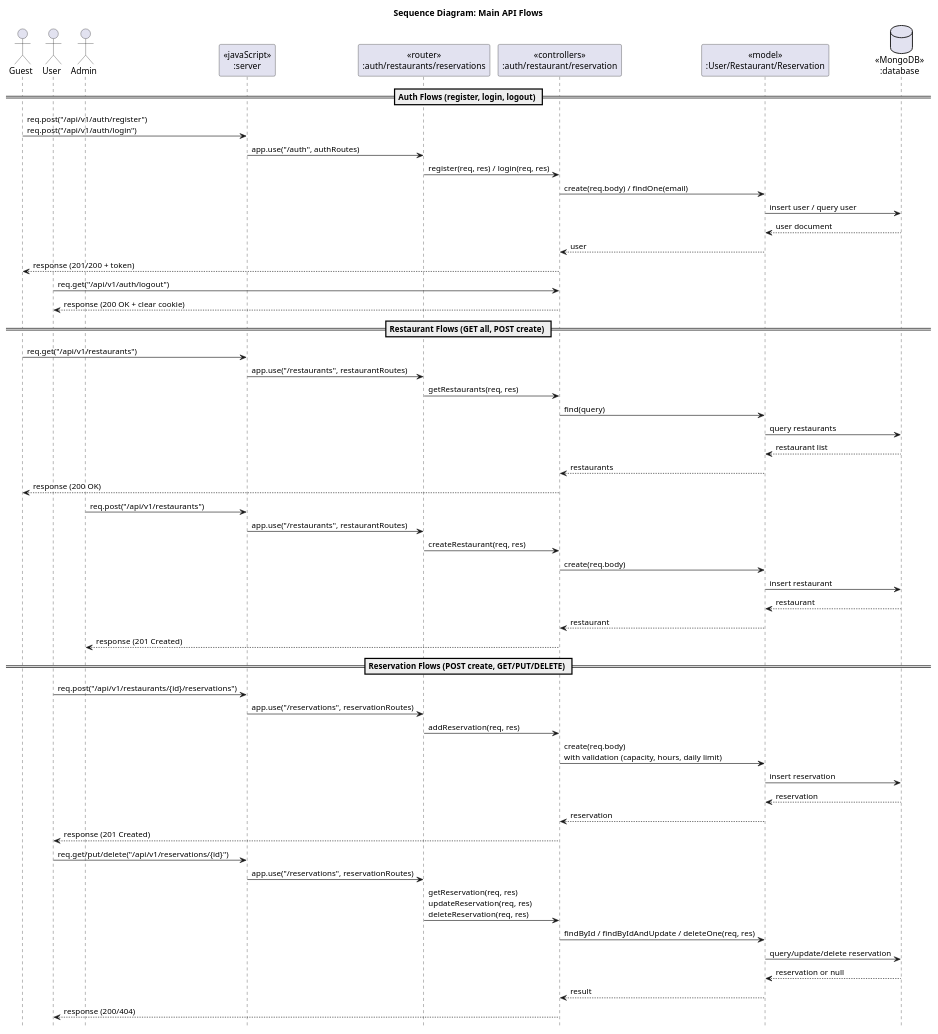
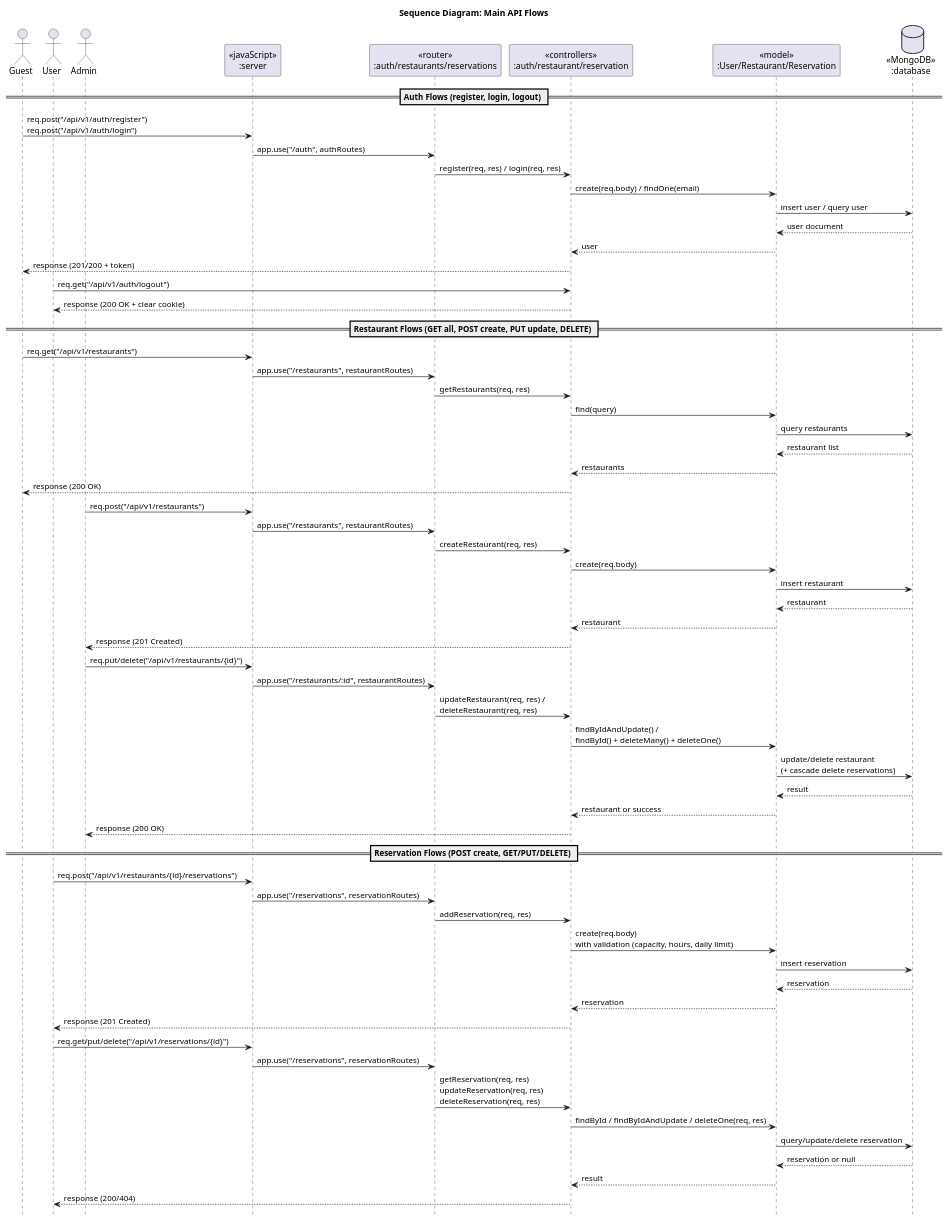
One commit to 2110503-CEDT68/be-project-68-null changed the diagram in diagrams/sequence-diagram.puml. Above: the diagram before and after it, drawn with PlantUML. The commit also changed 3 other files, not shown here.

Commit message:
fix sequence

```diff
--- a/diagrams/sequence-diagram.puml
+++ b/diagrams/sequence-diagram.puml
@@ -1,67 +1,76 @@
 @startuml
 title Sequence Diagram: Main API Flows
 
 hide footbox
 
 actor Guest as guest
 actor User as user
 actor Admin as admin
 
 participant "<<javaScript>>\n:server" as Server
 participant "<<router>>\n:auth/restaurants/reservations" as Router
 participant "<<controllers>>\n:auth/restaurant/reservation" as Controller
 participant "<<model>>\n:User/Restaurant/Reservation" as Model
 database "<<MongoDB>>\n:database" as Mongo
 
 == Auth Flows (register, login, logout) ==
 guest -> Server: req.post("/api/v1/auth/register")\nreq.post("/api/v1/auth/login")
 Server -> Router: app.use("/auth", authRoutes)
 Router -> Controller: register(req, res) / login(req, res)
 Controller -> Model: create(req.body) / findOne(email)
 Model -> Mongo: insert user / query user
 Mongo --> Model: user document
 Model --> Controller: user
 Controller --> guest: response (201/200 + token)
 
 user -> Controller: req.get("/api/v1/auth/logout")
 Controller --> user: response (200 OK + clear cookie)
 
-== Restaurant Flows (GET all, POST create) ==
+== Restaurant Flows (GET all, POST create, PUT update, DELETE) ==
 guest -> Server: req.get("/api/v1/restaurants")
 Server -> Router: app.use("/restaurants", restaurantRoutes)
 Router -> Controller: getRestaurants(req, res)
 Controller -> Model: find(query)
 Model -> Mongo: query restaurants
 Mongo --> Model: restaurant list
 Model --> Controller: restaurants
 Controller --> guest: response (200 OK)
 
 admin -> Server: req.post("/api/v1/restaurants")
 Server -> Router: app.use("/restaurants", restaurantRoutes)
 Router -> Controller: createRestaurant(req, res)
 Controller -> Model: create(req.body)
 Model -> Mongo: insert restaurant
 Mongo --> Model: restaurant
 Model --> Controller: restaurant
 Controller --> admin: response (201 Created)
+
+admin -> Server: req.put/delete("/api/v1/restaurants/{id}")
+Server -> Router: app.use("/restaurants/:id", restaurantRoutes)
+Router -> Controller: updateRestaurant(req, res) /\ndeleteRestaurant(req, res)
+Controller -> Model: findByIdAndUpdate() /\nfindById() + deleteMany() + deleteOne()
+Model -> Mongo: update/delete restaurant\n(+ cascade delete reservations)
+Mongo --> Model: result
+Model --> Controller: restaurant or success
+Controller --> admin: response (200 OK)
 
 == Reservation Flows (POST create, GET/PUT/DELETE) ==
 user -> Server: req.post("/api/v1/restaurants/{id}/reservations")
 Server -> Router: app.use("/reservations", reservationRoutes)
 Router -> Controller: addReservation(req, res)
 Controller -> Model: create(req.body)\nwith validation (capacity, hours, daily limit)
 Model -> Mongo: insert reservation
 Mongo --> Model: reservation
 Model --> Controller: reservation
 Controller --> user: response (201 Created)
 
 user -> Server: req.get/put/delete("/api/v1/reservations/{id}")
 Server -> Router: app.use("/reservations", reservationRoutes)
 Router -> Controller: getReservation(req, res)\nupdateReservation(req, res)\ndeleteReservation(req, res)
 Controller -> Model: findById / findByIdAndUpdate / deleteOne(req, res)
 Model -> Mongo: query/update/delete reservation
 Mongo --> Model: reservation or null
 Model --> Controller: result
 Controller --> user: response (200/404)
 
 @enduml
```
